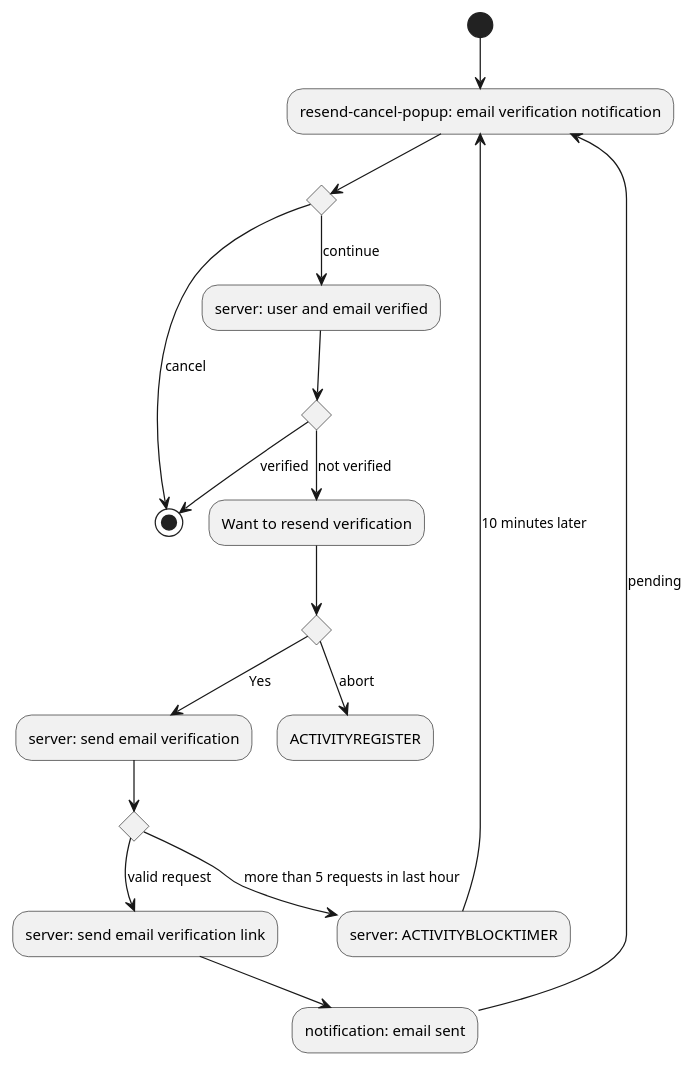
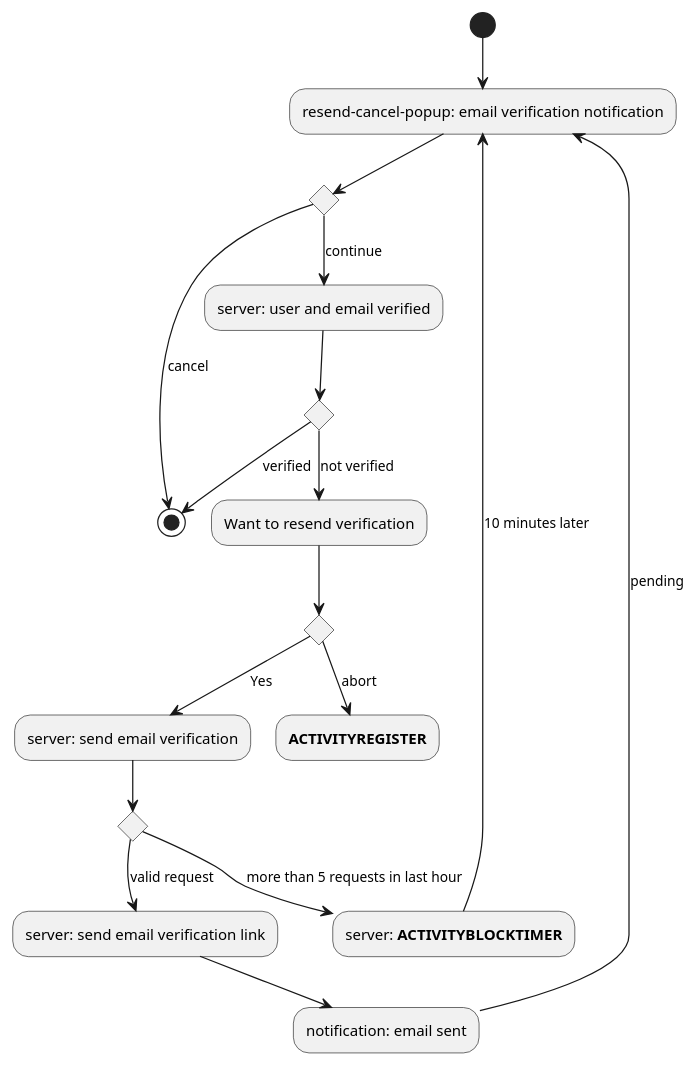
The diagram in docs/architecture/diagrams_code/security/ACTIVITYEMAILVERIFICATION.puml (0K5/campusfinder), drawn with PlantUML before and after one commit. The commit also changed 38 other files, not shown here.

Commit message:
Added activity diagrams for maps

```diff
--- a/docs/architecture/diagrams_code/security/ACTIVITYEMAILVERIFICATION.puml
+++ b/docs/architecture/diagrams_code/security/ACTIVITYEMAILVERIFICATION.puml
@@ -1,26 +1,26 @@
     @startuml
 (*)  --> "resend-cancel-popup: email verification notification"
 if "" then
     --> [cancel] (*)
 else
     --> [continue] "server: user and email verified"
     if "" then
         --> [not verified] "Want to resend verification"
         if "" then
             --> [Yes] "server: send email verification"
             if "" then
                 --> [valid request] "server: send email verification link"
                 --> "notification: email sent"
                 --> [pending] "resend-cancel-popup: email verification notification"
             else
-                --> [more than 5 requests in last hour] "server: ACTIVITYBLOCKTIMER"
+                --> [more than 5 requests in last hour] "server: **ACTIVITYBLOCKTIMER**"
                 --> [10 minutes later] "resend-cancel-popup: email verification notification"
             Endif
         else
-            --> [abort] "ACTIVITYREGISTER"
+            --> [abort] "**ACTIVITYREGISTER**"
         Endif
     else
         --> [verified] (*)
     Endif
 Endif
 @enduml
```
